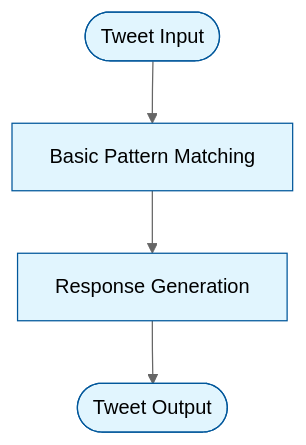
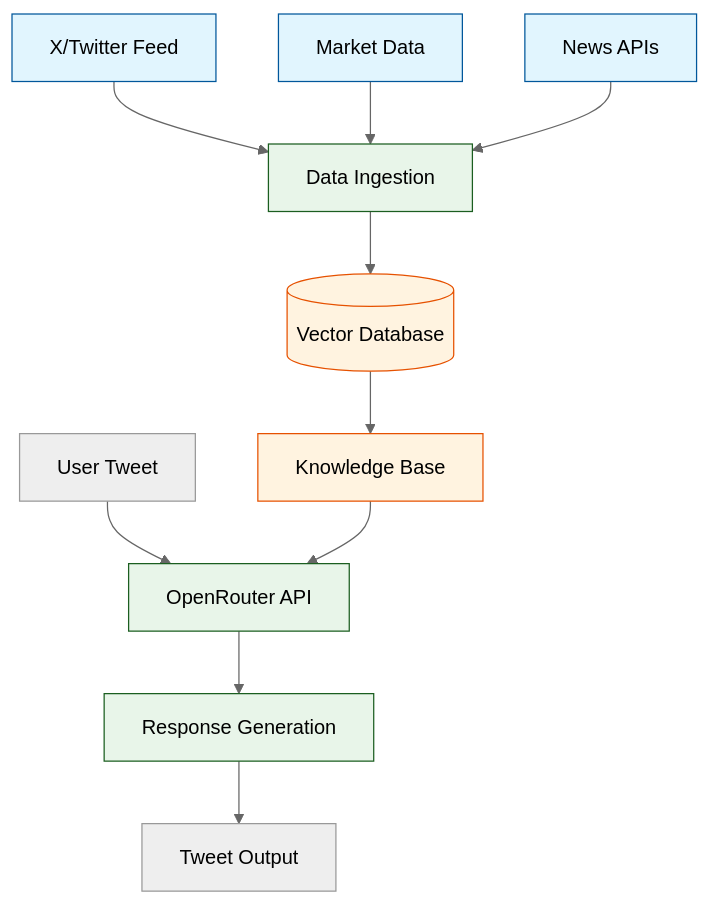
Before and after one commit to humanperzeus/CZ-Ai-Agent-MVP_2: the diagram in README.md, drawn with Mermaid (neutral theme). The commit also changed other lines of this file, not shown here.

Commit message:
Refactor(docs): update to modern AI architecture with OpenRouter and vector DB

````diff
--- a/README.md
+++ b/README.md
@@ -14,9 +15,22 @@
 ```mermaid
 flowchart TD
-    A([Tweet Input]) --> B[Basic Pattern Matching]
-    B --> C[Response Generation]
-    C --> D([Tweet Output])
+    A[X/Twitter Feed] --> B[Data Ingestion]
+    M[Market Data] --> B
+    N[News APIs] --> B
     
-    classDef core fill:#e1f5fe,stroke:#01579b
-    class A,B,C,D core
+    B --> C[(Vector Database)]
+    C --> D[Knowledge Base]
+    
+    E[User Tweet] --> F[OpenRouter API]
+    D --> F
+    F --> G[Response Generation]
+    G --> H[Tweet Output]
+
+    classDef source fill:#e1f5fe,stroke:#01579b
+    classDef process fill:#e8f5e9,stroke:#1b5e20
+    classDef storage fill:#fff3e0,stroke:#e65100
+    
+    class A,M,N source
+    class B,F,G process
+    class C,D storage
 ```
````
